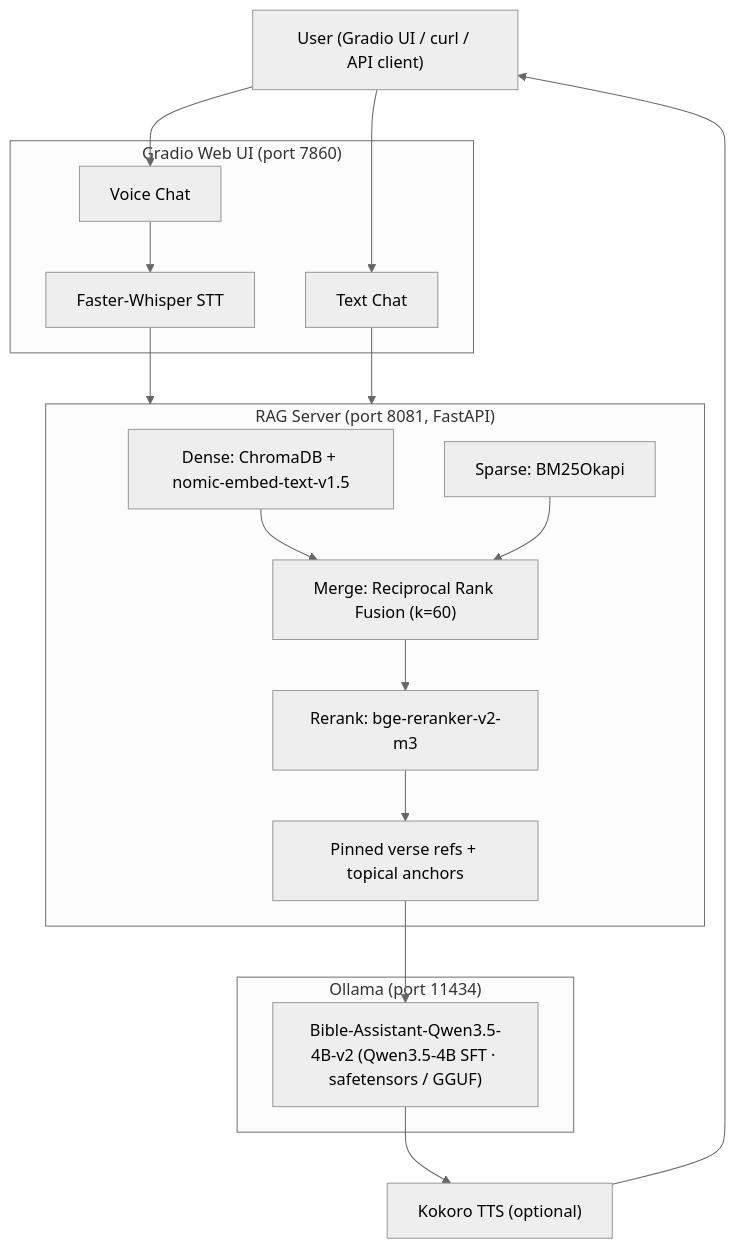
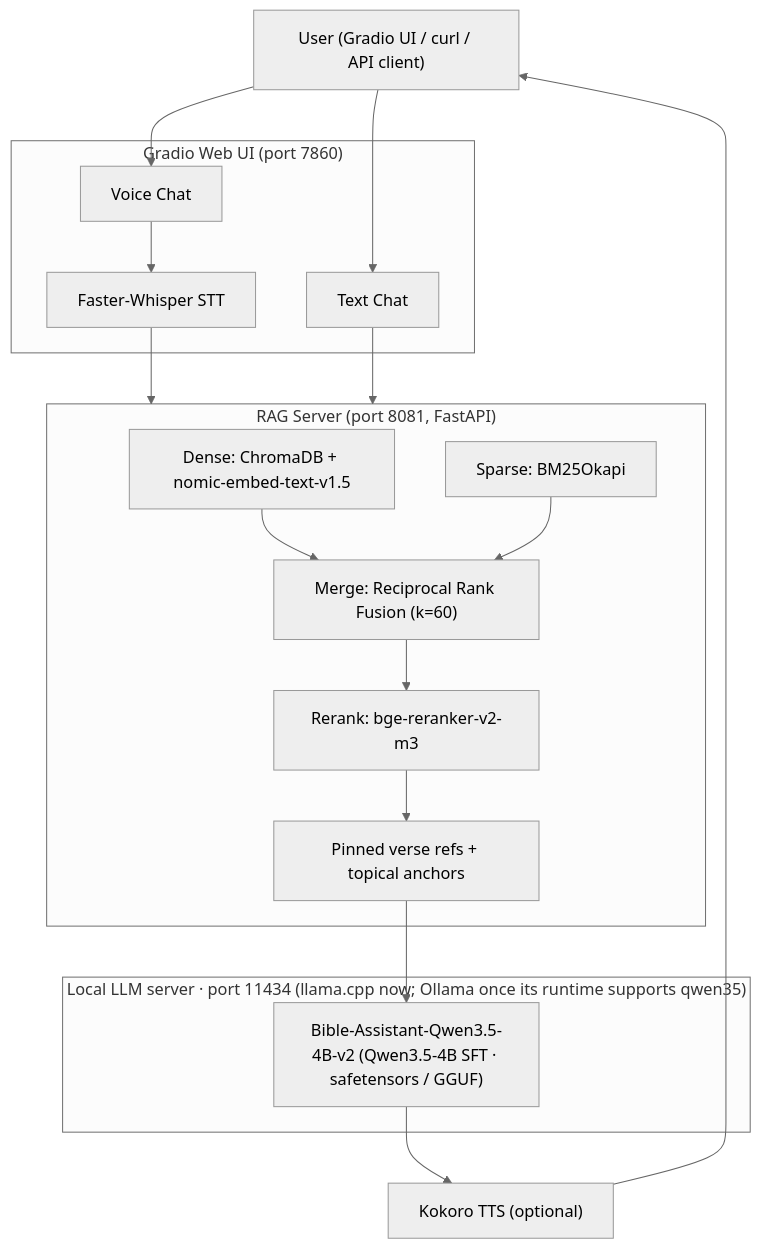
One commit to t-timms/bible-ai-assistant changed the diagram in README.md. Above: the diagram before and after it, drawn with Mermaid (neutral theme). The commit also changed other lines of this file, not shown here.

Commit message:
docs: fix W&B/Tests badge links; label LLM server as llama.cpp (Ollama pending qwen35) (#43)

````diff
--- a/README.md
+++ b/README.md
@@ -37,39 +37,39 @@
 ```mermaid
 graph TD
     User["User (Gradio UI / curl / API client)"]
 
     subgraph UI ["Gradio Web UI (port 7860)"]
         TextChat["Text Chat"]
         VoiceChat["Voice Chat"]
         STT["Faster-Whisper STT"]
     end
 
     subgraph RAG ["RAG Server (port 8081, FastAPI)"]
         Dense["Dense: ChromaDB + nomic-embed-text-v1.5"]
         Sparse["Sparse: BM25Okapi"]
         RRF["Merge: Reciprocal Rank Fusion (k=60)"]
         Rerank["Rerank: bge-reranker-v2-m3"]
         Pinned["Pinned verse refs + topical anchors"]
     end
 
-    subgraph LLM ["Ollama (port 11434)"]
+    subgraph LLM ["Local LLM server · port 11434 (llama.cpp now; Ollama once its runtime supports qwen35)"]
         Model["Bible-Assistant-Qwen3.5-4B-v2 (Qwen3.5-4B SFT · safetensors / GGUF)"]
     end
 
     TTS["Kokoro TTS (optional)"]
 
     User --> TextChat
     User --> VoiceChat
     VoiceChat --> STT
     STT --> RAG
     TextChat --> RAG
 
     Dense --> RRF
     Sparse --> RRF
     RRF --> Rerank
     Rerank --> Pinned
     Pinned --> Model
 
     Model --> TTS
     TTS --> User
 ```
````
